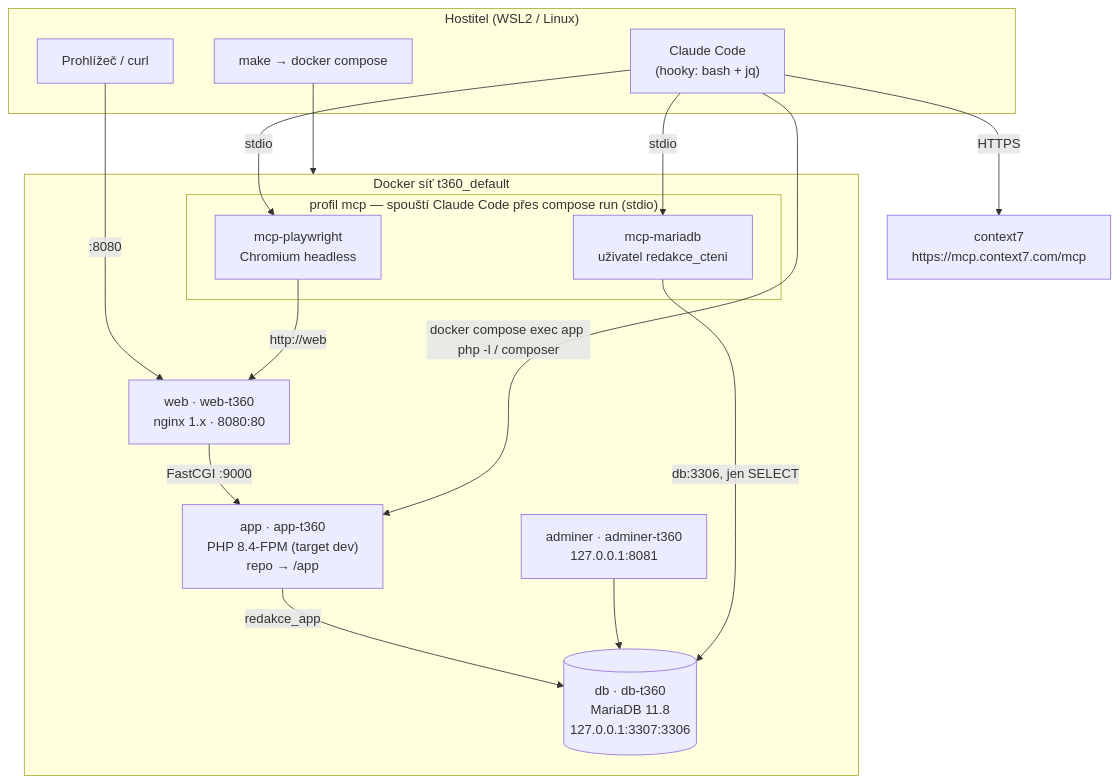
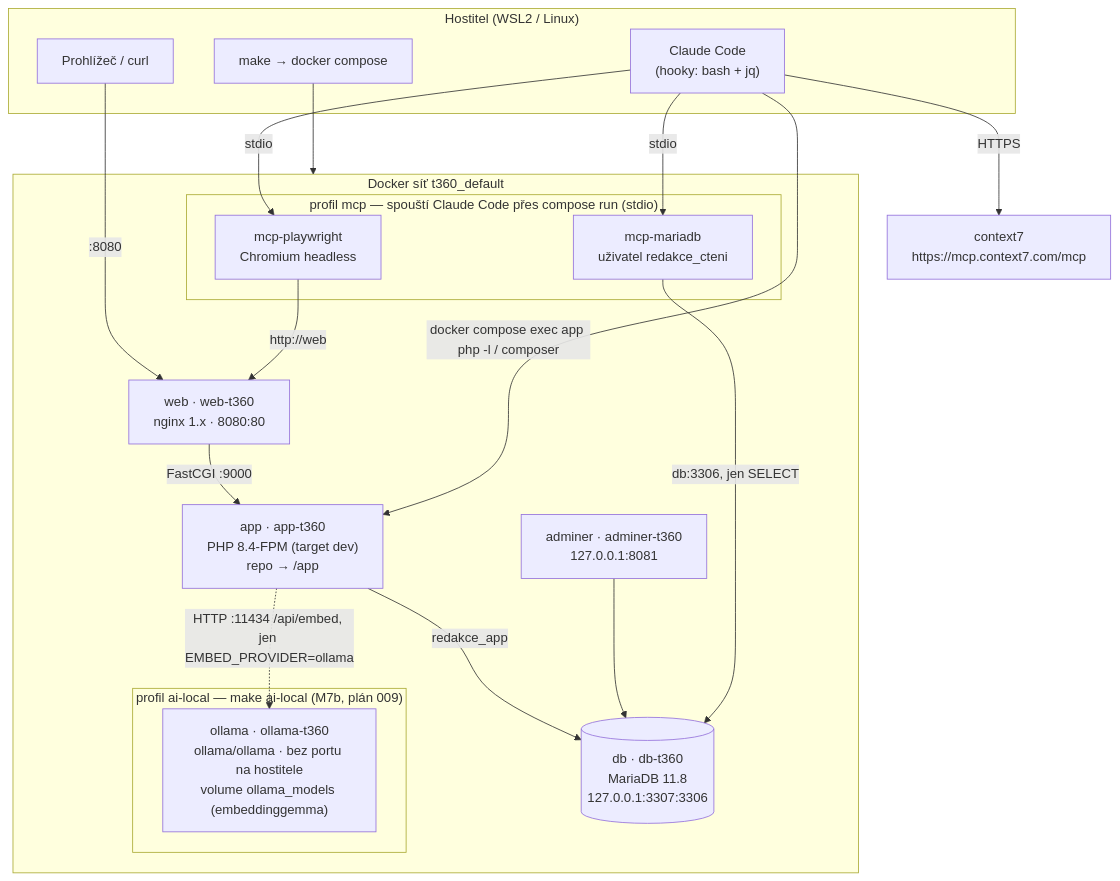
The second of 5 diagrams in docs/architektura.md (rehorxsamsa/t360-php-agent-rs), drawn with Mermaid before and after one commit. The commit also changed other lines of this file and 6 other files, not shown here.

````diff
--- a/docs/architektura.md
+++ b/docs/architektura.md
@@ -131,30 +147,34 @@
 ```mermaid
 flowchart TB
     subgraph Host["Hostitel (WSL2 / Linux)"]
         B["Prohlížeč / curl"]
         CC["Claude Code<br/>(hooky: bash + jq)"]
         MK["make → docker compose"]
     end
     subgraph Net["Docker síť t360_default"]
         W["web · web-t360<br/>nginx 1.x · 8080:80"]
         A["app · app-t360<br/>PHP 8.4-FPM (target dev)<br/>repo → /app"]
         D[("db · db-t360<br/>MariaDB 11.8<br/>127.0.0.1:3307:3306")]
         AD["adminer · adminer-t360<br/>127.0.0.1:8081"]
+        subgraph PL["profil ai-local — make ai-local (M7b, plán 009)"]
+            O["ollama · ollama-t360<br/>ollama/ollama · bez portu na hostitele<br/>volume ollama_models (embeddinggemma)"]
+        end
         subgraph P["profil mcp — spouští Claude Code přes compose run (stdio)"]
             PW["mcp-playwright<br/>Chromium headless"]
             MM["mcp-mariadb<br/>uživatel redakce_cteni"]
         end
     end
     C7["context7<br/>https://mcp.context7.com/mcp"]
     B -->|":8080"| W
     W -->|"FastCGI :9000"| A
     A -->|"redakce_app"| D
+    A -.->|"HTTP :11434 /api/embed, jen EMBED_PROVIDER=ollama"| O
     AD --> D
     CC -->|"docker compose exec app php -l / composer"| A
     CC -->|"stdio"| PW
     CC -->|"stdio"| MM
     CC -->|"HTTPS"| C7
     PW -->|"http://web"| W
     MM -->|"db:3306, jen SELECT"| D
     MK --> Net
 ```
````
